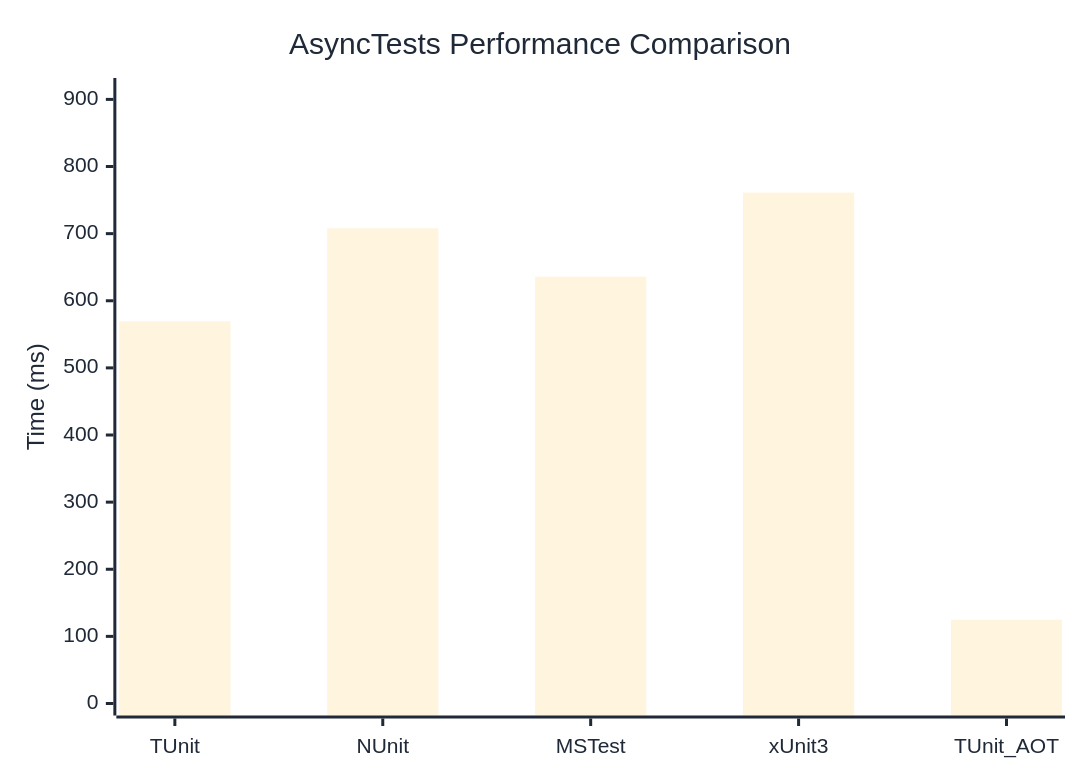
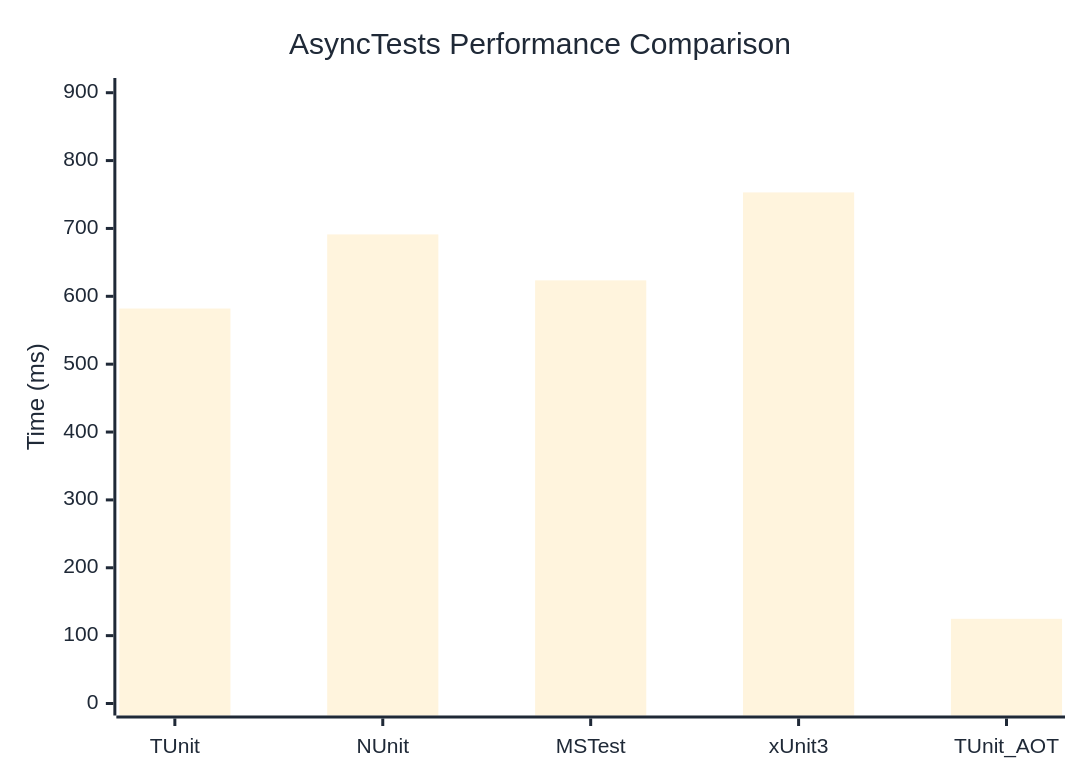
One commit to thomhurst/TUnit changed the diagram in docs/docs/benchmarks/AsyncTests.md. Above: the diagram before and after it, drawn with Mermaid. The commit also changed other lines of this file and 37 other files, not shown here.

````diff
--- a/docs/docs/benchmarks/AsyncTests.md
+++ b/docs/docs/benchmarks/AsyncTests.md
@@ -27,37 +27,37 @@
 ```mermaid
 %%{init: {
   'theme':'base',
   'themeVariables': {
     'primaryColor': '#2563eb',
     'primaryTextColor': '#1f2937',
     'primaryBorderColor': '#1e40af',
     'lineColor': '#6b7280',
     'secondaryColor': '#7c3aed',
     'tertiaryColor': '#dc2626',
     'background': '#ffffff',
     'mainBkg': '#2563eb',
     'secondBkg': '#7c3aed',
     'tertiaryBkg': '#dc2626',
     'clusterBkg': '#f3f4f6',
     'edgeLabelBackground': '#ffffff',
     'tertiaryTextColor': '#1f2937',
     'pie1': '#2563eb',
     'pie2': '#7c3aed',
     'pie3': '#dc2626',
     'pie4': '#f59e0b',
     'pie5': '#10b981',
     'pie6': '#06b6d4',
     'pie7': '#ec4899',
     'pie8': '#6366f1',
     'pie9': '#84cc16',
     'pie10': '#f97316',
     'pie11': '#14b8a6',
     'pie12': '#a855f7'
   }
 }}%%
 xychart-beta
   title "AsyncTests Performance Comparison"
   x-axis ["TUnit", "NUnit", "MSTest", "xUnit3", "TUnit_AOT"]
-  y-axis "Time (ms)" 0 --> 914
-  bar [569.3, 707.9, 635.9, 761.1, 124.7]
+  y-axis "Time (ms)" 0 --> 904
+  bar [582, 691.2, 623.5, 753.1, 124.8]
 ```
````
